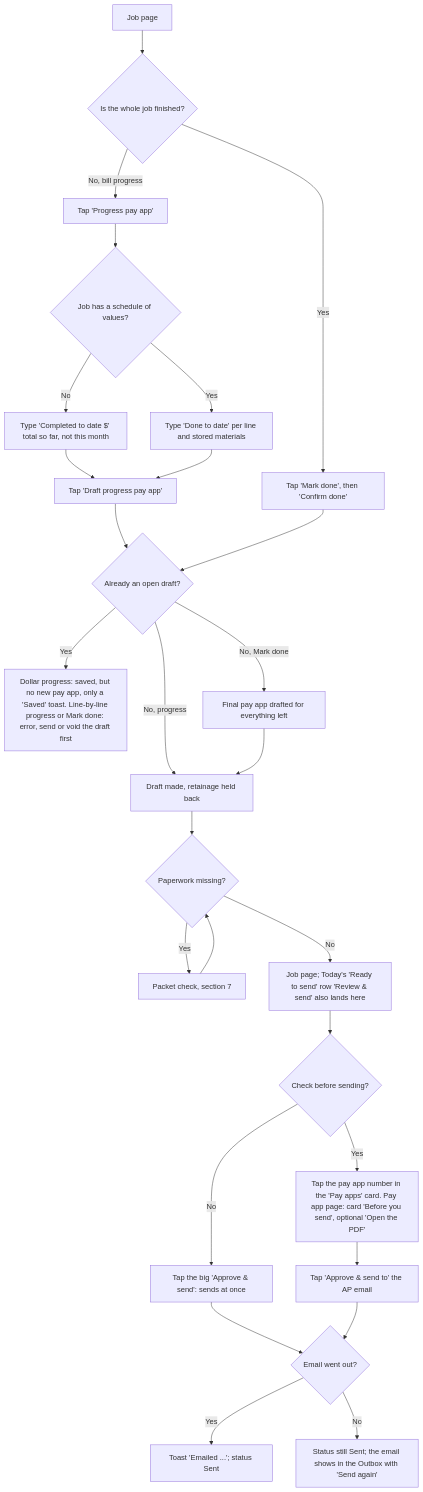
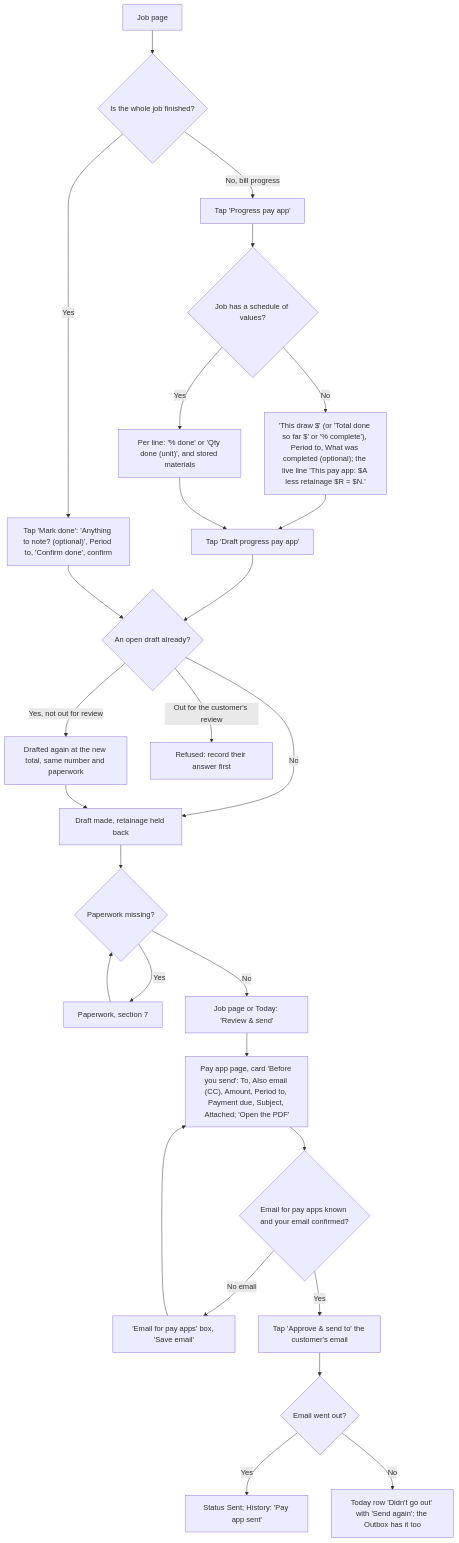
Before and after one commit to cartwrightstephen/billdable: the eighth of 15 diagrams in docs/client-flows.md, drawn with Mermaid. The commit also changed other lines of this file and 15 other files, not shown here.

First line of the commit message:
Round 6: R6-11 wireframes and flows caught up with the app

````diff
--- a/docs/client-flows.md
+++ b/docs/client-flows.md
@@ -296,29 +287,29 @@
 ```mermaid
 flowchart TD
     A["Job page"] --> B{"Is the whole job finished?"}
     B -->|"No, bill progress"| C["Tap 'Progress pay app'"]
     C --> D{"Job has a schedule of values?"}
-    D -->|"No"| E["Type 'Completed to date $' total so far, not this month"]
-    D -->|"Yes"| F["Type 'Done to date' per line and stored materials"]
+    D -->|"No"| E["'This draw $' (or 'Total done so far $' or '% complete'), Period to, What was completed (optional); the live line 'This pay app: $A less retainage $R = $N.'"]
+    D -->|"Yes"| F["Per line: '% done' or 'Qty done (unit)', and stored materials"]
     E --> G["Tap 'Draft progress pay app'"]
     F --> G
-    B -->|"Yes"| H["Tap 'Mark done', then 'Confirm done'"]
-    G --> J{"Already an open draft?"}
+    B -->|"Yes"| H["Tap 'Mark done': 'Anything to note? (optional)', Period to, 'Confirm done', confirm"]
+    G --> J{"An open draft already?"}
     H --> J
-    J -->|"Yes"| K["Dollar progress: saved, but no new pay app, only a 'Saved' toast. Line-by-line progress or Mark done: error, send or void the draft first"]
-    J -->|"No, progress"| L["Draft made, retainage held back"]
-    J -->|"No, Mark done"| I["Final pay app drafted for everything left"]
-    I --> L
+    J -->|"Yes, not out for review"| K["Drafted again at the new total, same number and paperwork"]
+    J -->|"Out for the customer's review"| K2["Refused: record their answer first"]
+    J -->|"No"| L["Draft made, retainage held back"]
+    K --> L
     L --> M{"Paperwork missing?"}
-    M -->|"Yes"| N["Packet check, section 7"]
+    M -->|"Yes"| N["Paperwork, section 7"]
     N --> M
-    M -->|"No"| O["Job page; Today's 'Ready to send' row 'Review & send' also lands here"]
-    O --> V{"Check before sending?"}
-    V -->|"No"| W["Tap the big 'Approve & send': sends at once"]
-    V -->|"Yes"| P["Tap the pay app number in the 'Pay apps' card. Pay app page: card 'Before you send', optional 'Open the PDF'"]
-    P --> Q["Tap 'Approve & send to' the AP email"]
-    W --> R
+    M -->|"No"| O["Job page or Today: 'Review & send'"]
+    O --> P["Pay app page, card 'Before you send': To, Also email (CC), Amount, Period to, Payment due, Subject, Attached; 'Open the PDF'"]
+    P --> P1{"Email for pay apps known and your email confirmed?"}
+    P1 -->|"No email"| P2["'Email for pay apps' box, 'Save email'"]
+    P2 --> P
+    P1 -->|"Yes"| Q["Tap 'Approve & send to' the customer's email"]
     Q --> R{"Email went out?"}
-    R -->|"Yes"| S["Toast 'Emailed ...'; status Sent"]
-    R -->|"No"| T["Status still Sent; the email shows in the Outbox with 'Send again'"]
+    R -->|"Yes"| S["Status Sent; History: 'Pay app sent'"]
+    R -->|"No"| T["Today row 'Didn't go out' with 'Send again'; the Outbox has it too"]
 ```
````
